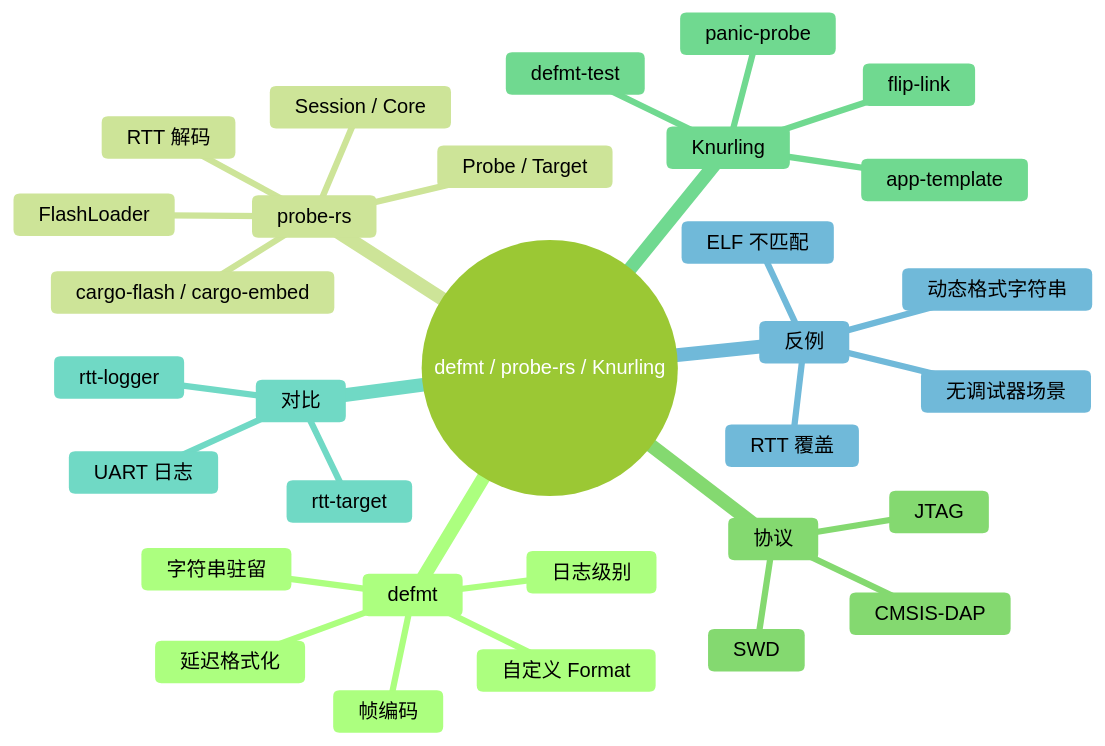
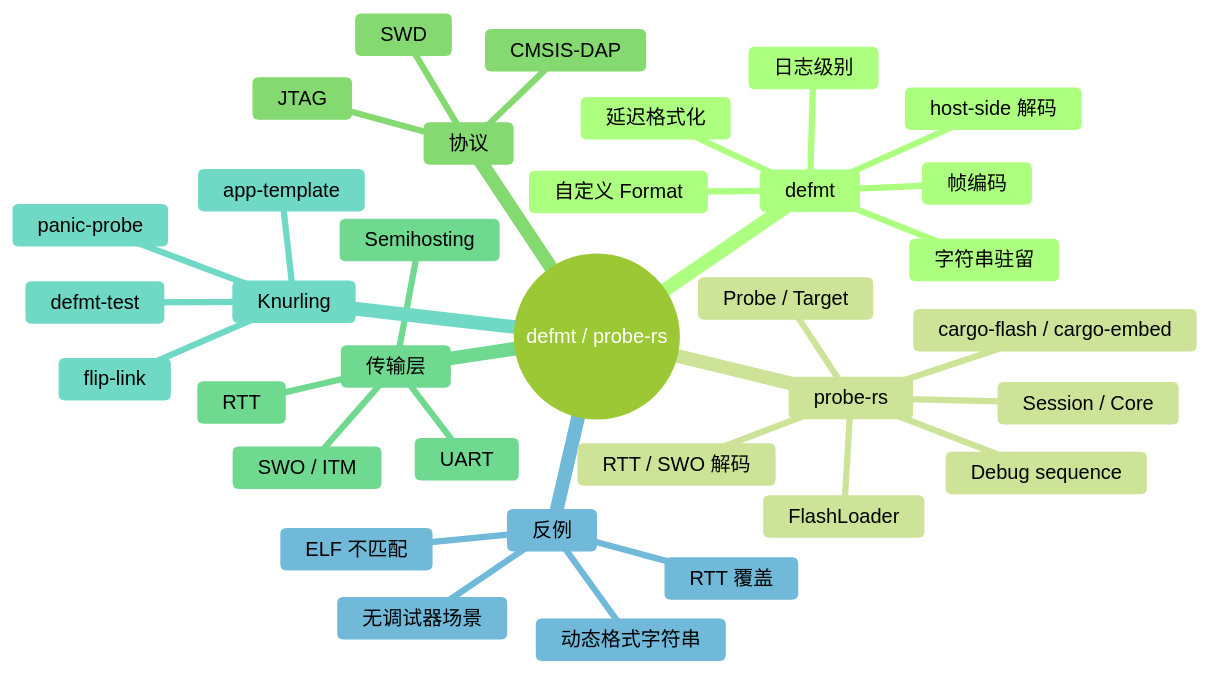
The third of 3 diagrams in concept/06_ecosystem/05_systems_and_embedded/36_defmt_probe_rs_architecture.md (martin-ly/rust-lang), drawn with Mermaid (forest theme) before and after one commit. The commit also changed other lines of this file and 91 other files, not shown here.

````diff
--- a/concept/06_ecosystem/05_systems_and_embedded/36_defmt_probe_rs_architecture.md
+++ b/concept/06_ecosystem/05_systems_and_embedded/36_defmt_probe_rs_architecture.md
@@ -542,34 +620,37 @@
 ```mermaid
 mindmap
-  root((defmt / probe-rs / Knurling))
+  root((defmt / probe-rs))
     defmt
       延迟格式化
       帧编码
       字符串驻留
       自定义 Format
       日志级别
+      host-side 解码
     probe-rs
       Probe / Target
       Session / Core
       FlashLoader
+      Debug sequence
       cargo-flash / cargo-embed
-      RTT 解码
+      RTT / SWO 解码
     协议
       SWD
       JTAG
       CMSIS-DAP
+    传输层
+      RTT
+      SWO / ITM
+      Semihosting
+      UART
     Knurling
       app-template
       flip-link
       defmt-test
       panic-probe
-    对比
-      rtt-target
-      rtt-logger
-      UART 日志
     反例
       动态格式字符串
       ELF 不匹配
       RTT 覆盖
       无调试器场景
 ```
````
